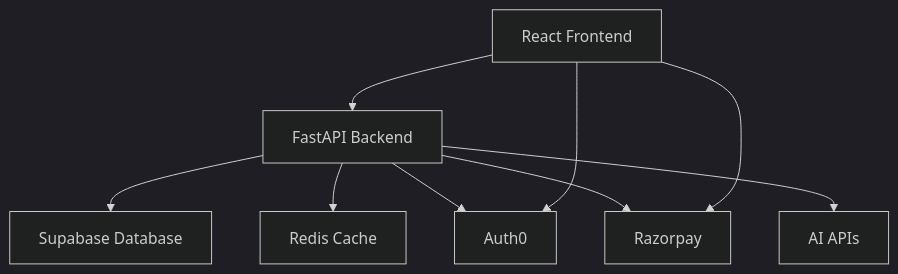
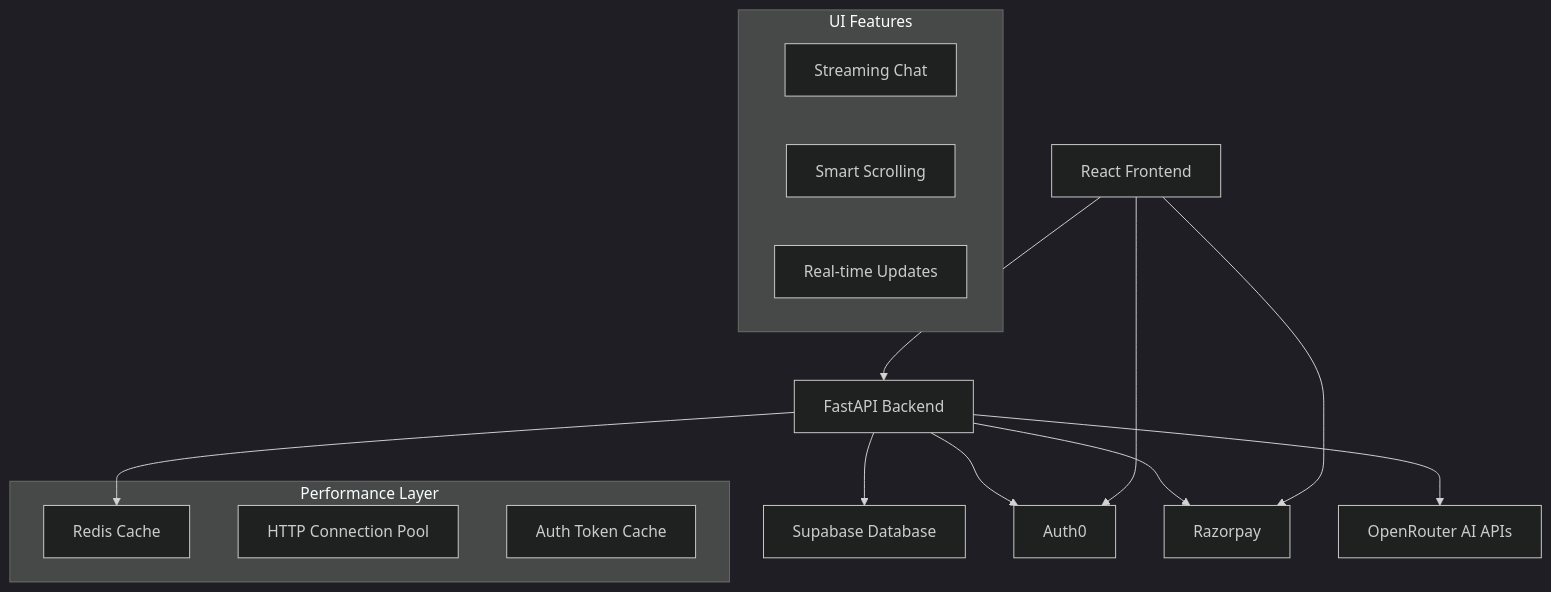
Before and after one commit to kousthubha-sky/S-AI: the diagram in README.md, drawn with Mermaid (dark theme). The commit also changed other lines of this file and 2 other files, not shown here.

````diff
--- a/README.md
+++ b/README.md
@@ -279,11 +282,23 @@
 ```mermaid
 graph TB
     A[React Frontend] --> B[FastAPI Backend]
     B --> C[Supabase Database]
     B --> D[Redis Cache]
     B --> E[Auth0]
     B --> F[Razorpay]
-    B --> G[AI APIs]
+    B --> G[OpenRouter AI APIs]
     A --> E
     A --> F
+
+    subgraph "Performance Layer"
+        D
+        H[HTTP Connection Pool]
+        I[Auth Token Cache]
+    end
+
+    subgraph "UI Features"
+        J[Streaming Chat]
+        K[Smart Scrolling]
+        L[Real-time Updates]
+    end
 ```
````
